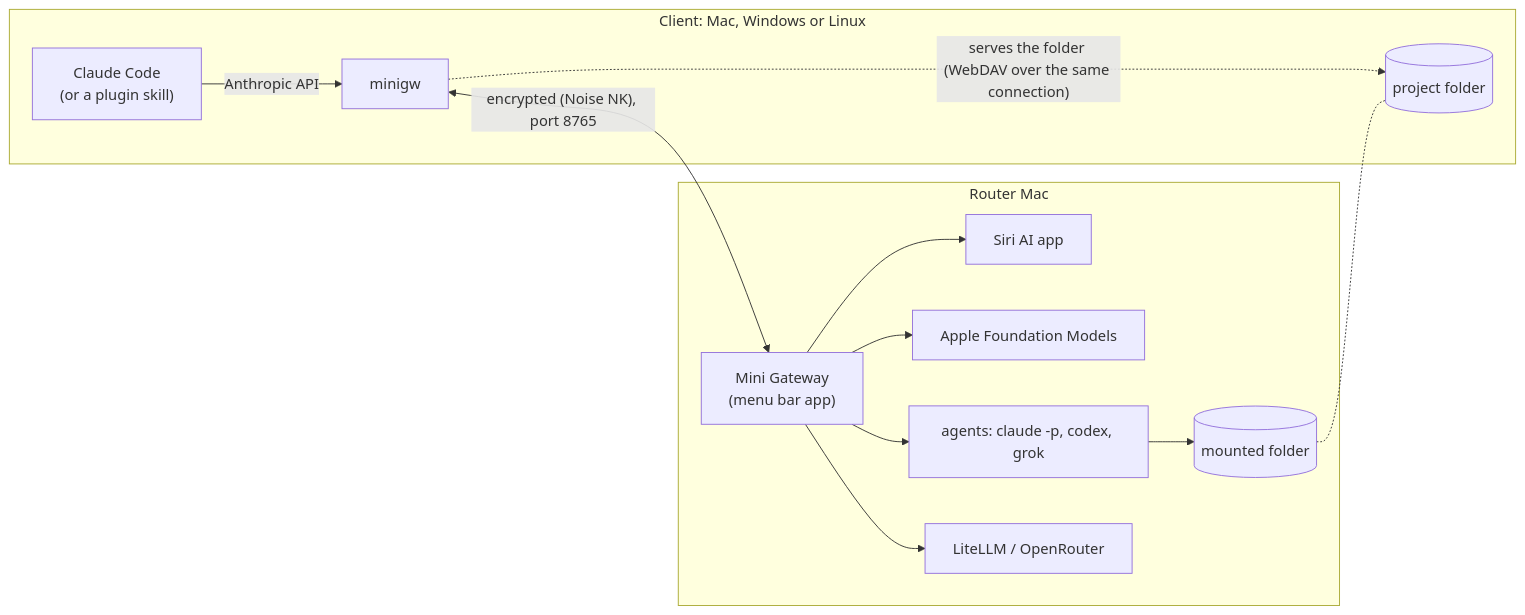
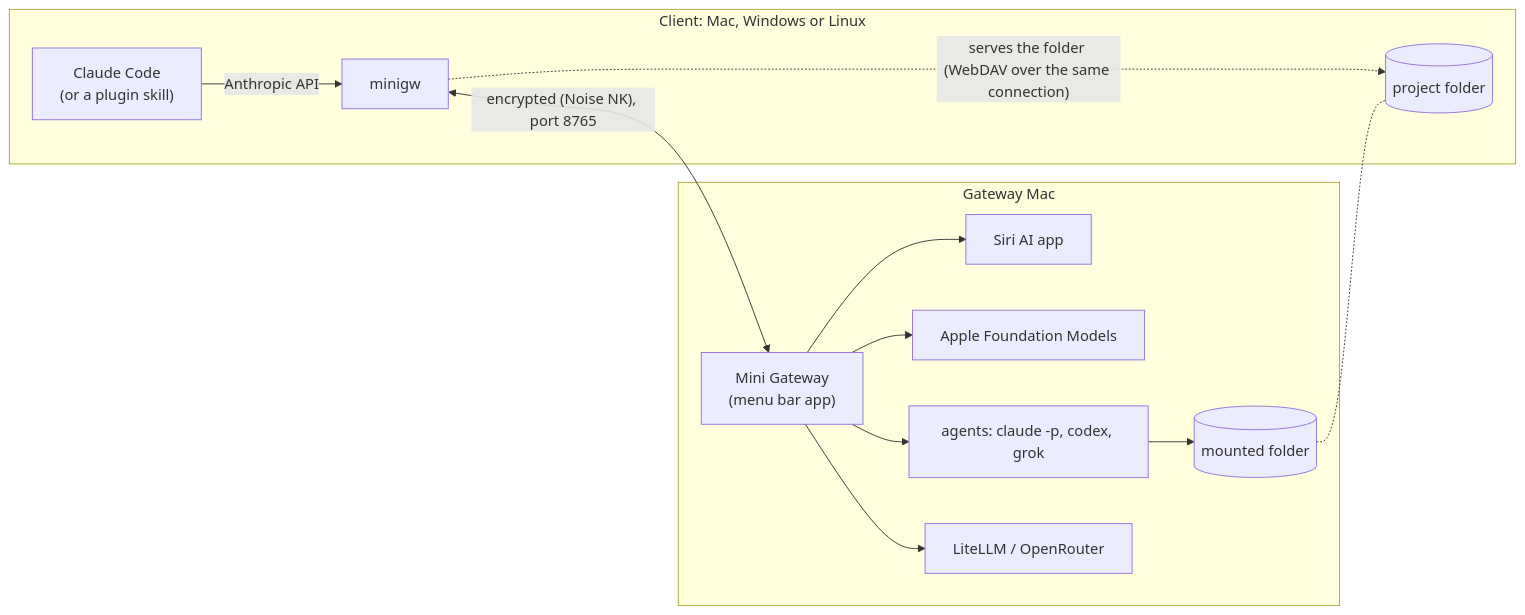
Before and after one commit to gh-commiter/mini-llm-gateway: the diagram in README.md, drawn with Mermaid. The commit also changed other lines of this file and 16 other files, not shown here.

````diff
--- a/README.md
+++ b/README.md
@@ -34,18 +34,18 @@
 ```mermaid
 flowchart LR
   subgraph client["Client: Mac, Windows or Linux"]
     cc["Claude Code<br/>(or a plugin skill)"] -->|"Anthropic API"| mg["minigw"]
     folder[("project folder")]
   end
-  mg <-->|"encrypted (Noise NK), port 8765"| router
+  mg <-->|"encrypted (Noise NK), port 8765"| gateway
   mg -.->|"serves the folder (WebDAV over the same connection)"| folder
-  subgraph mac["Router Mac"]
-    router["Mini Gateway<br/>(menu bar app)"]
-    router --> siri["Siri AI app"]
-    router --> fm["Apple Foundation Models"]
-    router --> agents["agents: claude -p, codex, grok"]
-    router --> up["LiteLLM / OpenRouter"]
+  subgraph mac["Gateway Mac"]
+    gateway["Mini Gateway<br/>(menu bar app)"]
+    gateway --> siri["Siri AI app"]
+    gateway --> fm["Apple Foundation Models"]
+    gateway --> agents["agents: claude -p, codex, grok"]
+    gateway --> up["LiteLLM / OpenRouter"]
     agents --> mount[("mounted folder")]
   end
   mount -.- folder
 ```
````
